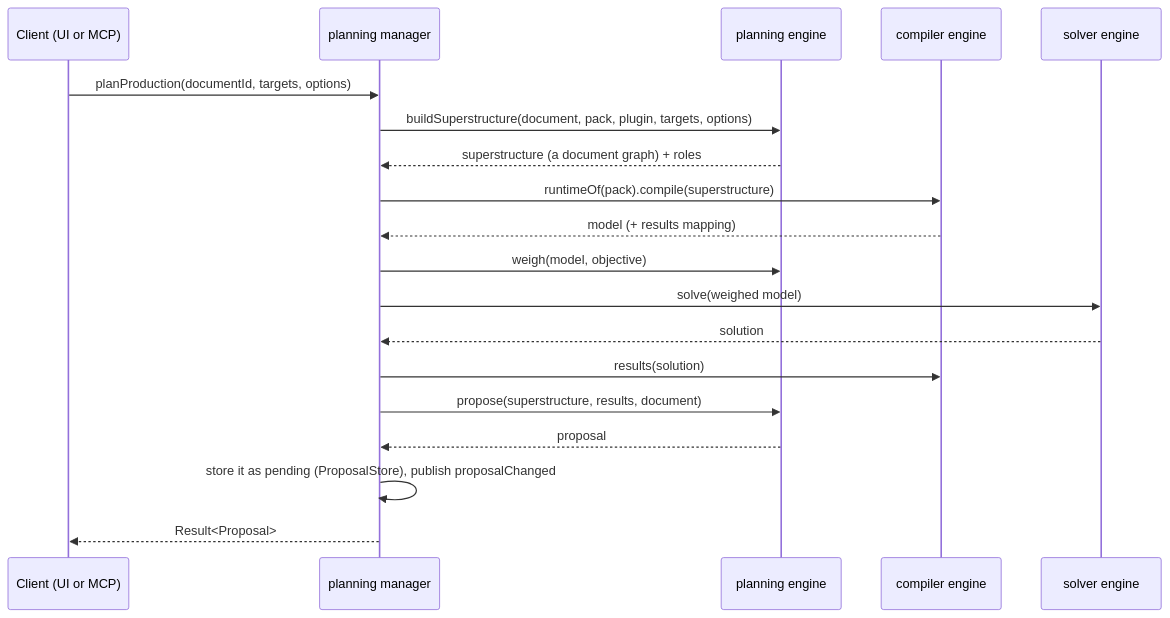
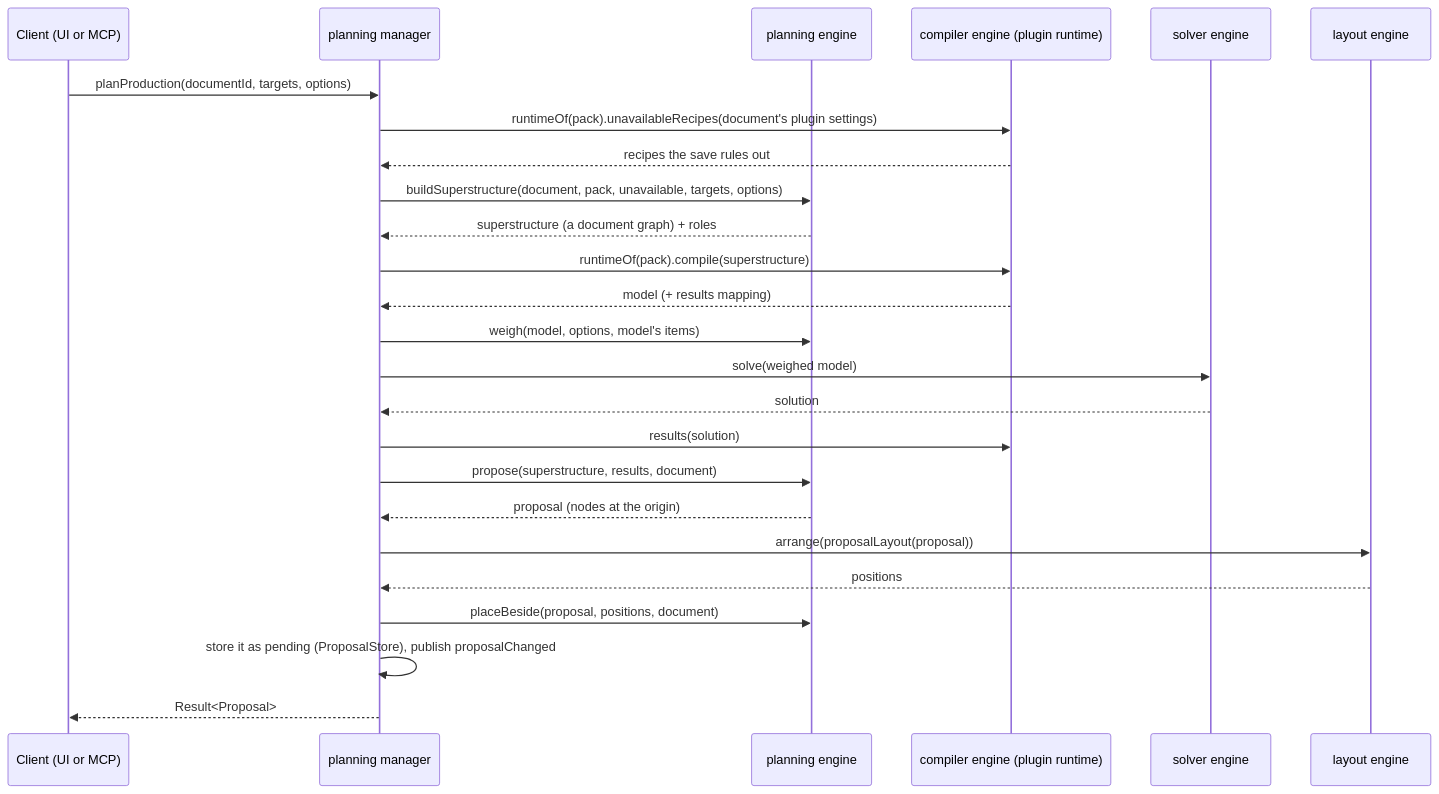
Before and after one commit to h3ll5ur7er/carbonara: the first of 2 diagrams in docs/Architecture/Planning.md, drawn with Mermaid. The commit also changed other lines of this file and 45 other files, not shown here.

First line of the commit message:
CARB-81: Plan in preferred buildings, weigh resources, lay out with ELK, add belts

````diff
--- a/docs/Architecture/Planning.md
+++ b/docs/Architecture/Planning.md
@@ -11,21 +11,27 @@
 ```mermaid
 sequenceDiagram
   participant C as Client (UI or MCP)
   participant M as planning manager
   participant P as planning engine
-  participant K as compiler engine
+  participant K as compiler engine (plugin runtime)
   participant S as solver engine
+  participant L as layout engine
   C->>M: planProduction(documentId, targets, options)
-  M->>P: buildSuperstructure(document, pack, plugin, targets, options)
+  M->>K: runtimeOf(pack).unavailableRecipes(document's plugin settings)
+  K-->>M: recipes the save rules out
+  M->>P: buildSuperstructure(document, pack, unavailable, targets, options)
   P-->>M: superstructure (a document graph) + roles
   M->>K: runtimeOf(pack).compile(superstructure)
   K-->>M: model (+ results mapping)
-  M->>P: weigh(model, objective)
+  M->>P: weigh(model, options, model's items)
   M->>S: solve(weighed model)
   S-->>M: solution
   M->>K: results(solution)
   M->>P: propose(superstructure, results, document)
-  P-->>M: proposal
+  P-->>M: proposal (nodes at the origin)
+  M->>L: arrange(proposalLayout(proposal))
+  L-->>M: positions
+  M->>P: placeBeside(proposal, positions, document)
   M->>M: store it as pending (ProposalStore), publish proposalChanged
   M-->>C: Result<Proposal>
 ```
````
